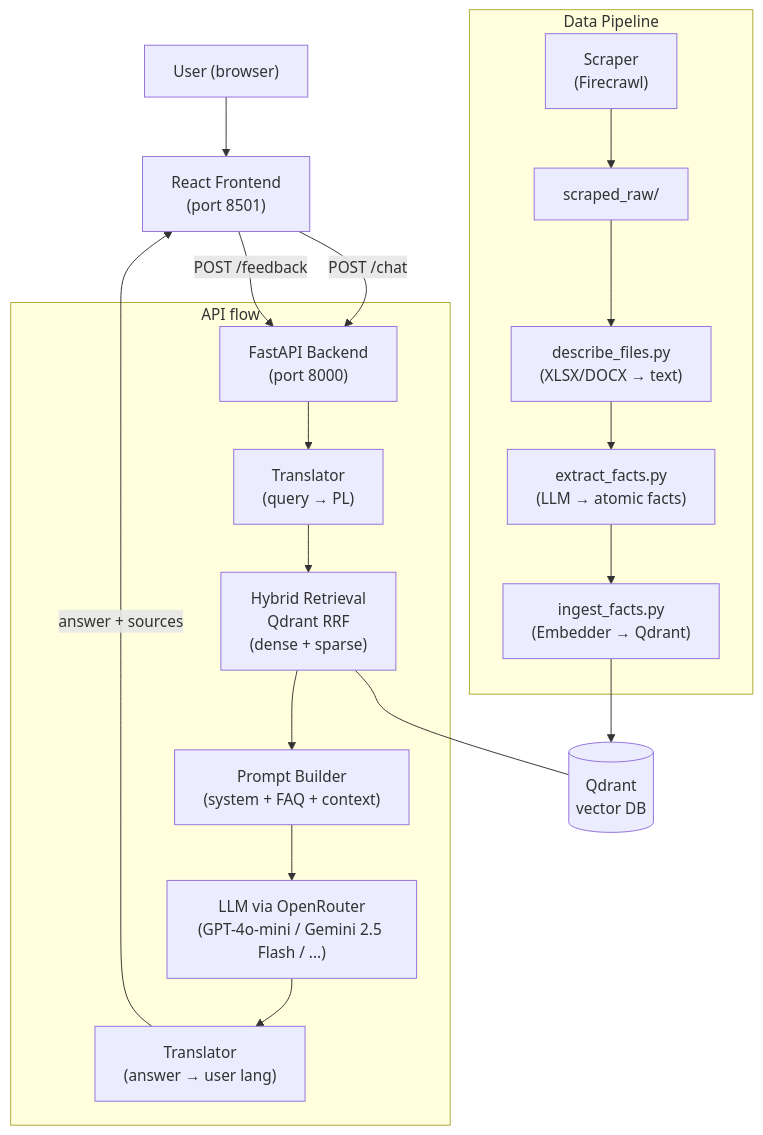
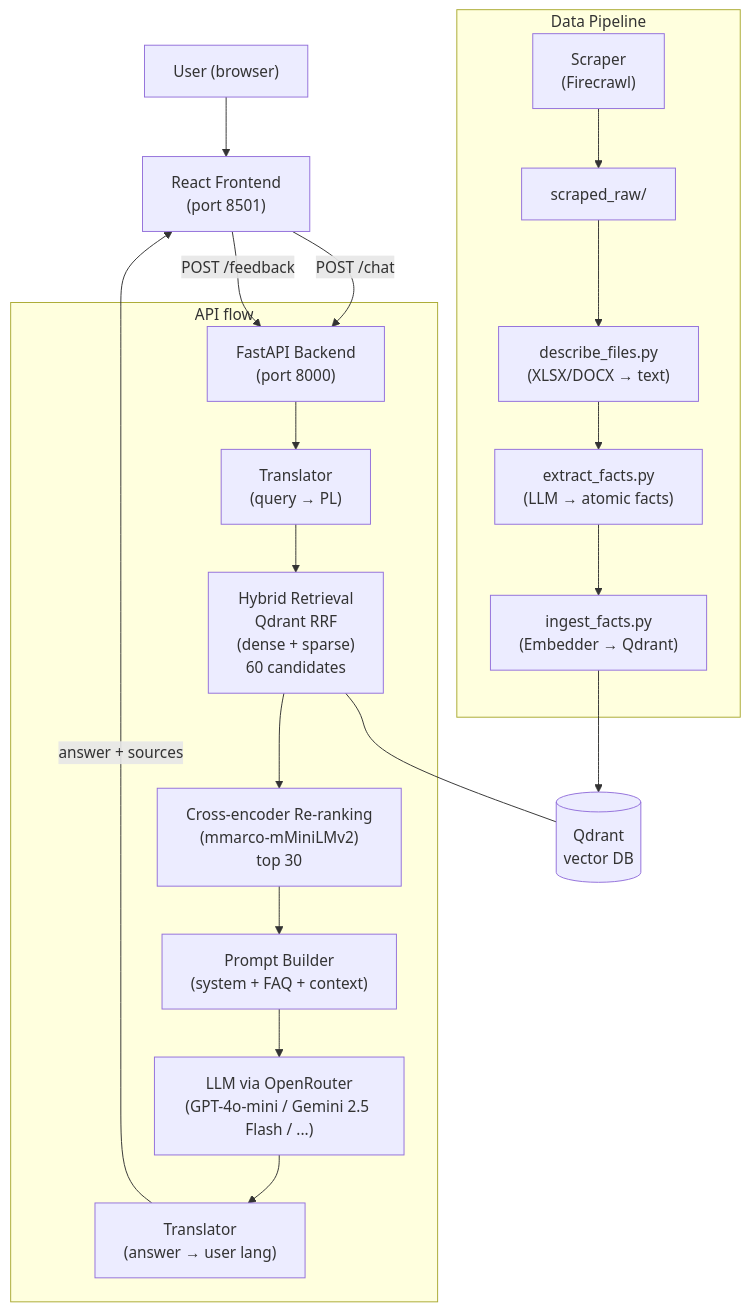
Before and after one commit to Kolo-Naukowe-Data-Science-PW/Chatbot-MiNI: the diagram in README.md, drawn with Mermaid. The commit also changed other lines of this file and 7 other files, not shown here.

````diff
--- a/README.md
+++ b/README.md
@@ -11,26 +11,27 @@
 ```mermaid
 flowchart TD
     User["User (browser)"] --> FE["React Frontend\n(port 8501)"]
     FE -->|POST /chat| API["FastAPI Backend\n(port 8000)"]
 
     subgraph API flow
         API --> Trans["Translator\n(query → PL)"]
-        Trans --> Retr["Hybrid Retrieval\nQdrant RRF\n(dense + sparse)"]
-        Retr --> Prompt["Prompt Builder\n(system + FAQ + context)"]
+        Trans --> Retr["Hybrid Retrieval\nQdrant RRF\n(dense + sparse)\n60 candidates"]
+        Retr --> Rerank["Cross-encoder Re-ranking\n(mmarco-mMiniLMv2)\ntop 30"]
+        Rerank --> Prompt["Prompt Builder\n(system + FAQ + context)"]
         Prompt --> LLM["LLM via OpenRouter\n(GPT-4o-mini / Gemini 2.5 Flash / ...)"]
         LLM --> TransBack["Translator\n(answer → user lang)"]
     end
 
     TransBack -->|answer + sources| FE
     FE -->|POST /feedback| API
 
     subgraph Data Pipeline
         Scraper["Scraper\n(Firecrawl)"] --> Raw["scraped_raw/"]
         Raw --> Describe["describe_files.py\n(XLSX/DOCX → text)"]
         Describe --> Extract["extract_facts.py\n(LLM → atomic facts)"]
         Extract --> Ingest["ingest_facts.py\n(Embedder → Qdrant)"]
     end
 
     Ingest --> Qdrant[("Qdrant\nvector DB")]
     Retr --- Qdrant
 ```
````
